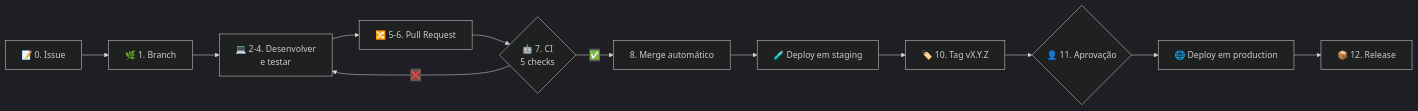
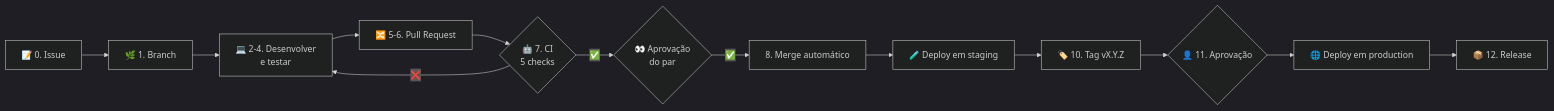
The diagram in docs/guia-desenvolvimento.md (GChandrone/pdc-plataforma-dados-comercial), drawn with Mermaid (dark theme) before and after one commit. The commit also changed other lines of this file and 12 other files, not shown here.

````diff
--- a/docs/guia-desenvolvimento.md
+++ b/docs/guia-desenvolvimento.md
@@ -13,8 +13,8 @@
 ```mermaid
 flowchart LR
     I["📝 0. Issue"] --> B["🌿 1. Branch"] --> D["💻 2-4. Desenvolver<br/>e testar"] --> P["🔀 5-6. Pull Request"]
     P --> CI{"🤖 7. CI<br/>5 checks"}
     CI -- "❌" --> D
-    CI -- "✅" --> M["8. Merge automático"] --> S["🧪 Deploy em staging"]
+    CI -- "✅" --> RV{"👀 Aprovação<br/>do par"} -- "✅" --> M["8. Merge automático"] --> S["🧪 Deploy em staging"]
     S --> T["🏷️ 10. Tag vX.Y.Z"] --> A{"👤 11. Aprovação"} --> PR["🌐 Deploy em production"] --> R["📦 12. Release"]
 ```
````
